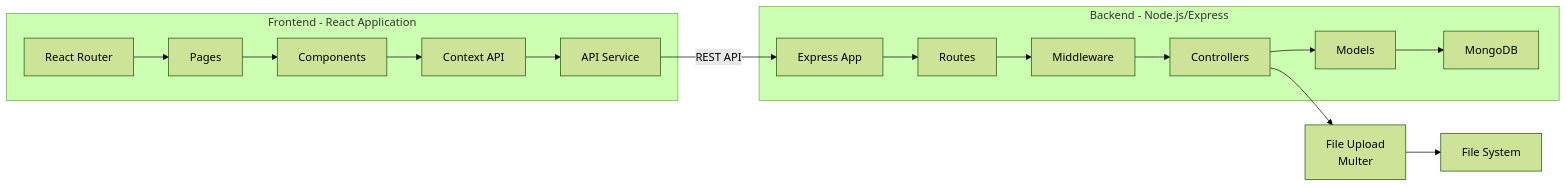
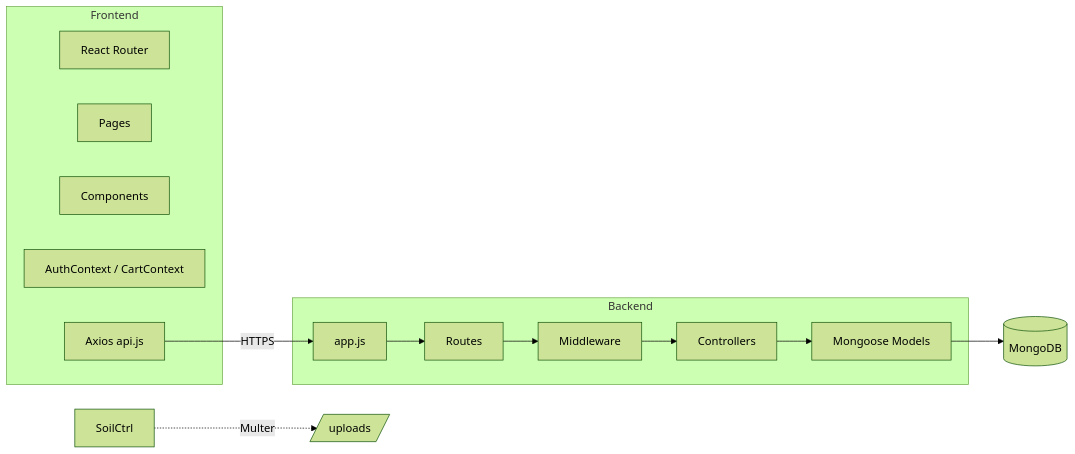
The second of 4 diagrams in docs/System_Architecture.md (basantmahato/AgricultureManagementSystem), drawn with Mermaid (forest theme) before and after one commit. The commit also changed other lines of this file and 4 other files, not shown here.

````diff
--- a/docs/System_Architecture.md
+++ b/docs/System_Architecture.md
@@ -65,21 +69,22 @@
 ```mermaid
 graph LR
-    subgraph "Frontend - React Application"
-        A[React Router] --> B[Pages]
-        B --> C[Components]
-        C --> D[Context API]
-        D --> E[API Service]
+    subgraph "Frontend"
+        Router[React Router]
+        Pages[Pages]
+        Components[Components]
+        Ctx[AuthContext / CartContext]
+        Api[Axios api.js]
     end
-    
-    subgraph "Backend - Node.js/Express"
-        F[Express App] --> G[Routes]
-        G --> H[Middleware]
-        H --> I[Controllers]
-        I --> J[Models]
-        J --> K[MongoDB]
+
+    subgraph "Backend"
+        App[app.js]
+        R[Routes]
+        M[Middleware]
+        Ctrl[Controllers]
+        Models[Mongoose Models]
     end
-    
-    E -->|REST API| F
-    I --> L[File Upload<br/>Multer]
-    L --> M[File System]
+
+    Api -->|HTTPS| App
+    App --> R --> M --> Ctrl --> Models --> MongoDB[(MongoDB)]
+    SoilCtrl -.->|Multer| FS[/uploads/]
 ```
````
